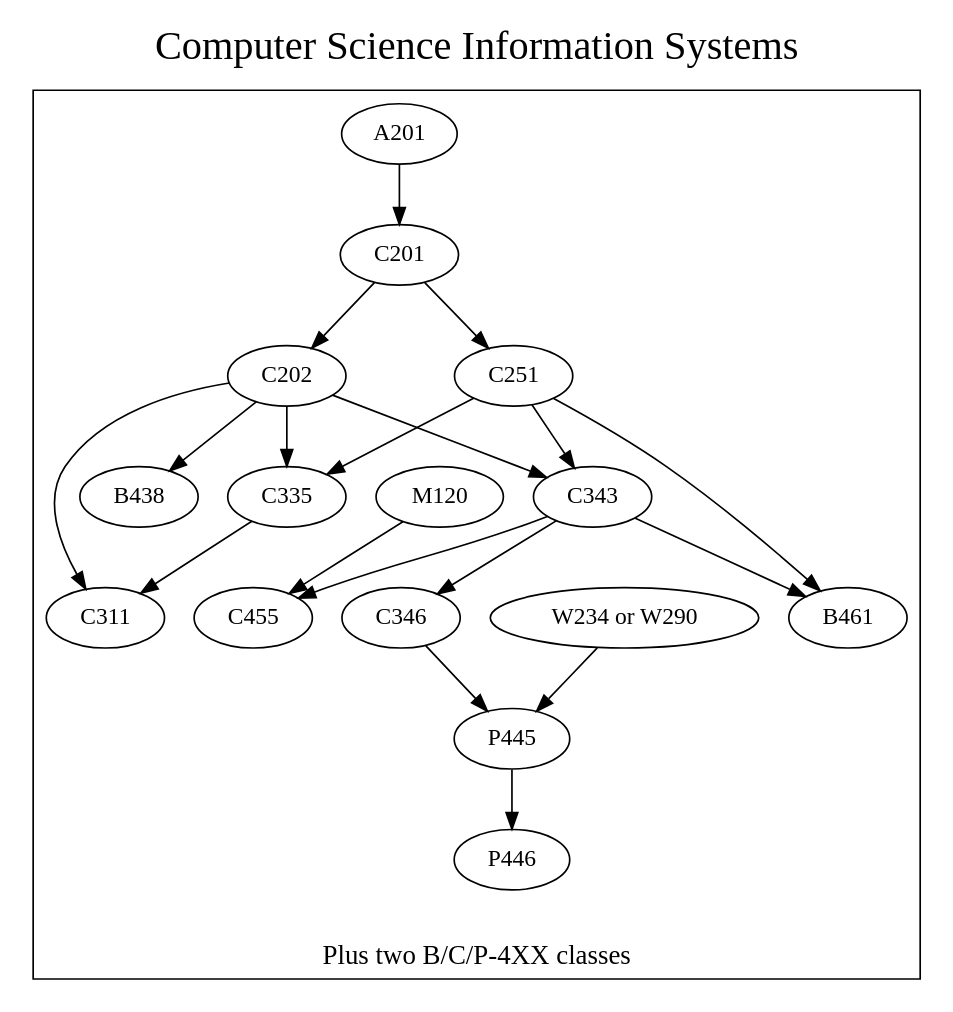
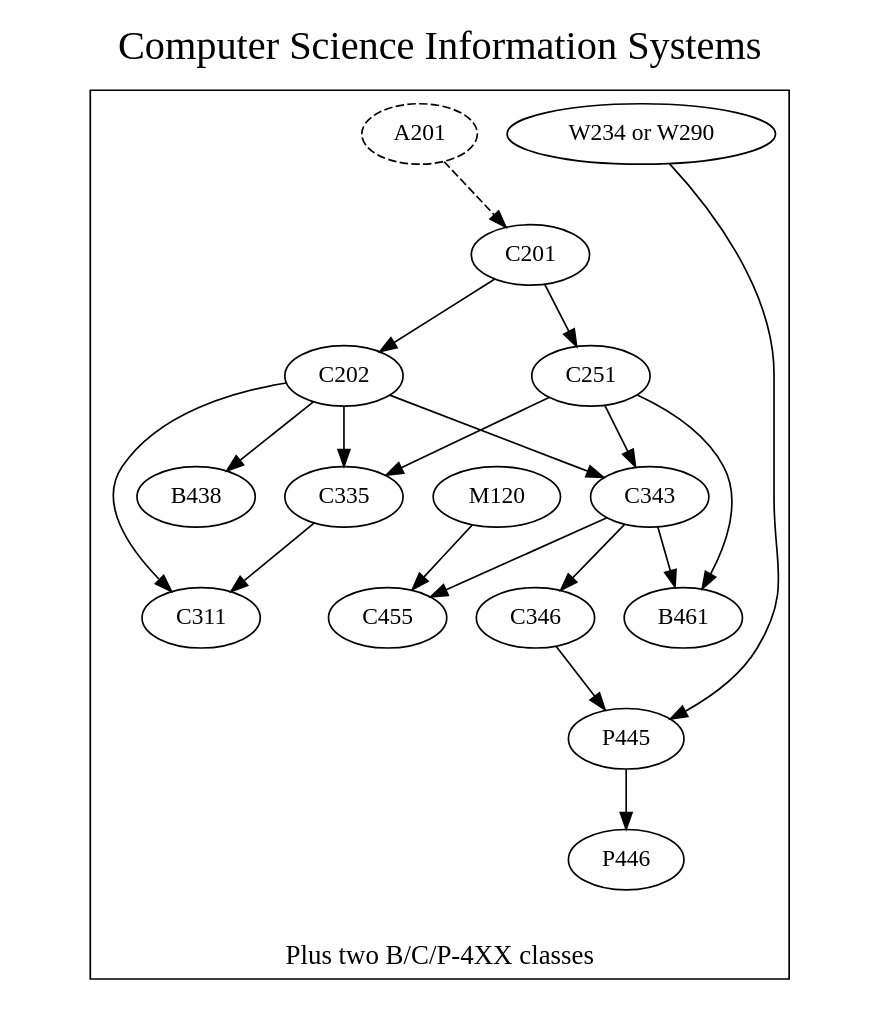
Before and after one commit to IUS-CS/GraduationGraph: the diagram in InfoSys.dot, drawn with Graphviz. The commit also changed 1 other file, not shown here.

```diff
--- a/InfoSys.dot
+++ b/InfoSys.dot
@@ -1,48 +1,49 @@
 digraph G {
 node[style=solid]; rankdir=TB;
 
 labelloc=t
 fontsize=24
 label="Computer Science Information Systems\n"
 
 subgraph cluster0 {
 fontsize=16
 style="solid"
 labelloc=b label="\nPlus two B/C/P-4XX classes"
 
-A201
+A201 [style=dashed]
 C201
 C202
 C251
 C335
 C343
 C346
 C311
 B438
 C455
 P445
 P446
 B461
-W234orW290 [label="W234 or W290"]
+W234orW290 [label="W234 or W290"] 
 M120
 }
 
-A201->C201
+A201->C201 [style=dashed]
+W234orW290->C201 [style=invis]
 C201->C202
 C201->C251
 C202->C335
 C251->C335
 C251->C343
 C202->C343
 C343->C346
 C202->C311
 C335->C311
 M120->C455
 C343->C455
 C346->P445
 W234orW290->P445
 P445->P446
 C202->B438
 C251->B461
 C343->B461
 }
```
